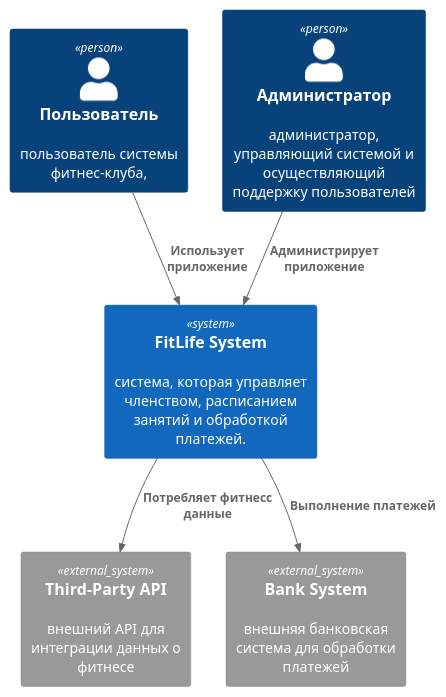
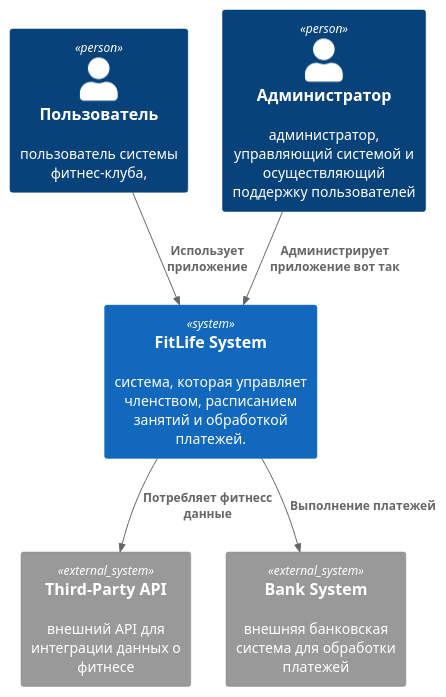
Before and after one commit to vasilokb/FitLife: the diagram in diagrams/context/FitLife_Context.puml, drawn with PlantUML. The commit also changed 3 other files, not shown here.

```diff
--- a/diagrams/context/FitLife_Context.puml
+++ b/diagrams/context/FitLife_Context.puml
@@ -1,17 +1,17 @@
 @startuml
 
 !include https://raw.githubusercontent.com/plantuml-stdlib/C4-PlantUML/master/C4_Context.puml
 
 
 Person(user, "Пользователь", "пользователь системы фитнес-клуба,")
 Person(admin, "Администратор", "администратор, управляющий системой и осуществляющий поддержку пользователей")
 System(fitlife, "FitLife System", "система, которая управляет членством, расписанием занятий и обработкой платежей.")
 
 System_Ext(api, "Third-Party API", "внешний API для интеграции данных о фитнесе")
 System_Ext(bank, "Bank System", "внешняя банковская система для обработки платежей")
 Rel(user, fitlife, "Использует приложение")
-Rel(admin, fitlife, "Администрирует приложение")
+Rel(admin, fitlife, "Администрирует приложение вот так")
 Rel(fitlife, api, "Потребляет фитнесс данные")
 Rel(fitlife, bank, "Выполнение платежей")
 
 @enduml
```
